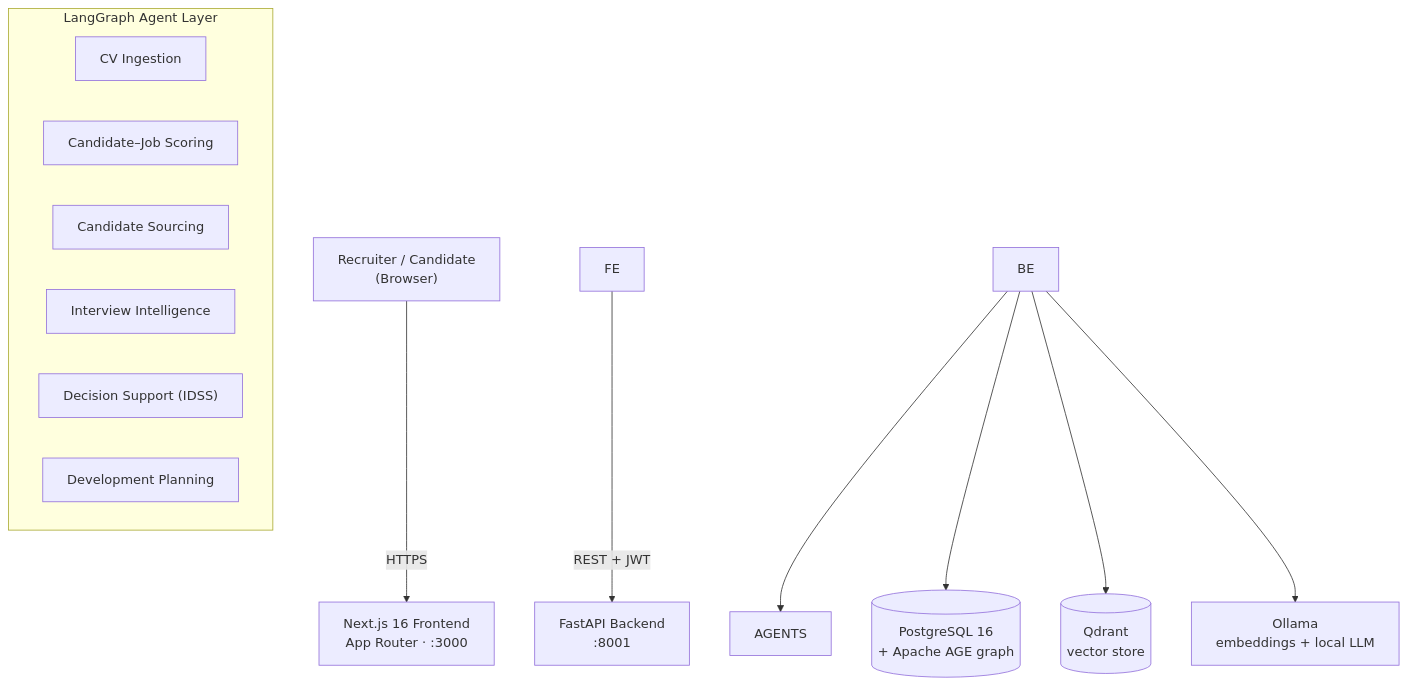
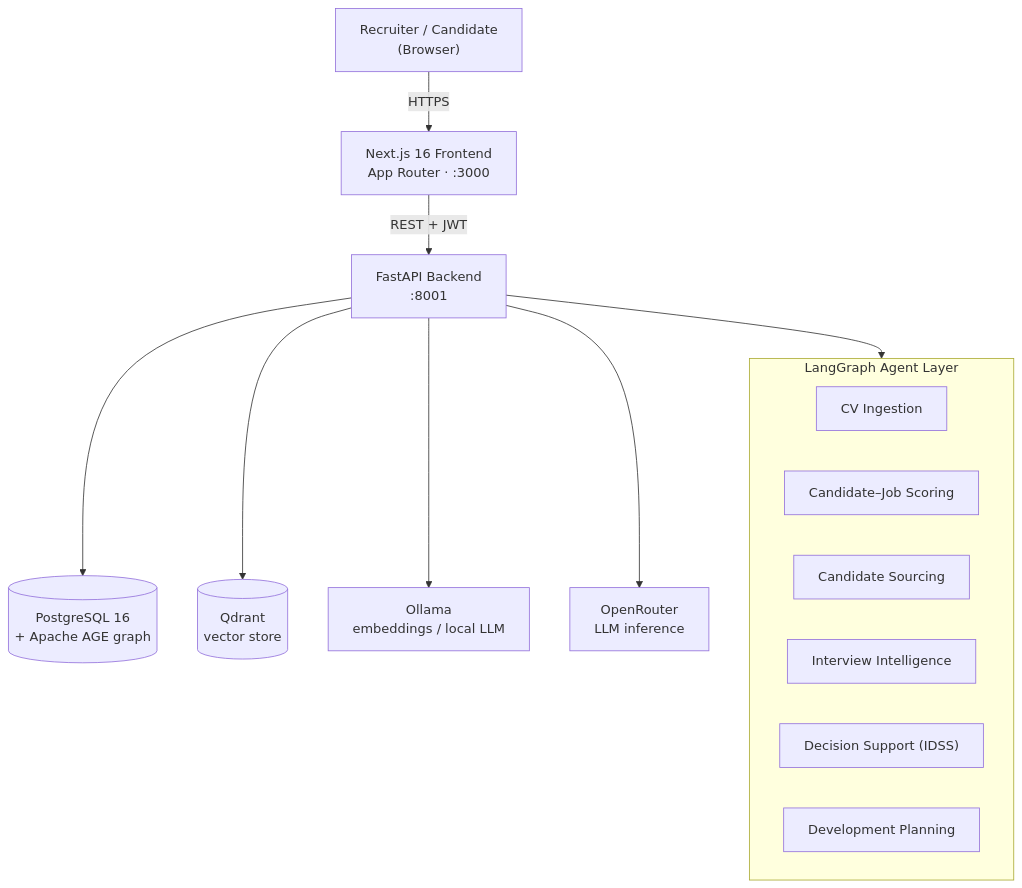
One commit to Abde1rahman-Osheba/Group-12-PATHS-Graduation-Project-2026 changed the diagram in Graduation_PATHS-main/README.md. Above: the diagram before and after it, drawn with Mermaid. The commit also changed other lines of this file, not shown here.

````diff
--- a/Graduation_PATHS-main/README.md
+++ b/Graduation_PATHS-main/README.md
@@ -59,20 +60,21 @@
 ```mermaid
 flowchart TB
-    U\["Recruiter / Candidate<br/>(Browser)"] -->|HTTPS| FE\["Next.js 16 Frontend<br/>App Router · :3000"]
-    FE -->|"REST + JWT"| BE\["FastAPI Backend<br/>:8001"]
+    U["Recruiter / Candidate<br/>(Browser)"] -->|HTTPS| FE["Next.js 16 Frontend<br/>App Router · :3000"]
+    FE -->|"REST + JWT"| BE["FastAPI Backend<br/>:8001"]
 
-    subgraph AGENTS\["LangGraph Agent Layer"]
+    subgraph AGENTS["LangGraph Agent Layer"]
         direction LR
-        A1\[CV Ingestion]
-        A2\[Candidate–Job Scoring]
-        A3\[Candidate Sourcing]
-        A4\[Interview Intelligence]
-        A5\["Decision Support (IDSS)"]
-        A6\[Development Planning]
+        A1[CV Ingestion]
+        A2[Candidate–Job Scoring]
+        A3[Candidate Sourcing]
+        A4[Interview Intelligence]
+        A5["Decision Support (IDSS)"]
+        A6[Development Planning]
     end
 
     BE --> AGENTS
-    BE --> PG\[("PostgreSQL 16<br/>+ Apache AGE graph")]
-    BE --> QD\[("Qdrant<br/>vector store")]
-    BE --> OL\["Ollama<br/>embeddings + local LLM"]
+    BE --> PG[("PostgreSQL 16<br/>+ Apache AGE graph")]
+    BE --> QD[("Qdrant<br/>vector store")]
+    BE --> OL["Ollama<br/>embeddings / local LLM"]
+    BE --> OR["OpenRouter<br/>LLM inference"]
 ```
````
